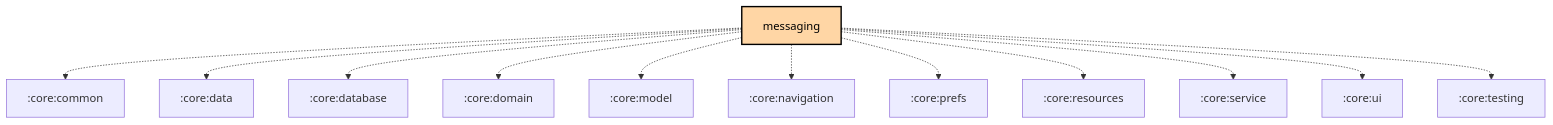
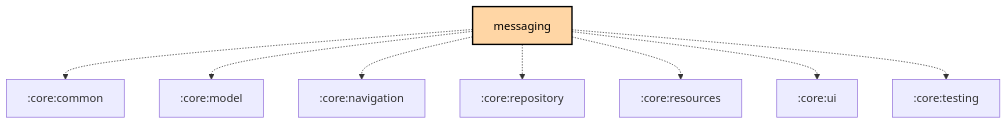
Before and after one commit to meshtastic/Meshtastic-Android: the diagram in feature/messaging/README.md, drawn with Mermaid. The commit also changed 14 other files, not shown here.

First line of the commit message:
chore: Scheduled updates (Graphs, Baseline Profile)

````diff
--- a/feature/messaging/README.md
+++ b/feature/messaging/README.md
@@ -27,29 +27,25 @@
 ```mermaid
 graph TB
   :feature:messaging[messaging]:::kmp-feature
   :feature:messaging -.-> :core:common
-  :feature:messaging -.-> :core:data
-  :feature:messaging -.-> :core:database
-  :feature:messaging -.-> :core:domain
   :feature:messaging -.-> :core:model
   :feature:messaging -.-> :core:navigation
-  :feature:messaging -.-> :core:prefs
+  :feature:messaging -.-> :core:repository
   :feature:messaging -.-> :core:resources
-  :feature:messaging -.-> :core:service
   :feature:messaging -.-> :core:ui
   :feature:messaging -.-> :core:testing
 
 classDef android-application fill:#CAFFBF,stroke:#000,stroke-width:2px,color:#000;
 classDef android-application-compose fill:#CAFFBF,stroke:#000,stroke-width:2px,color:#000;
 classDef compose-desktop-application fill:#CAFFBF,stroke:#000,stroke-width:2px,color:#000;
 classDef android-feature fill:#FFD6A5,stroke:#000,stroke-width:2px,color:#000;
 classDef android-library fill:#9BF6FF,stroke:#000,stroke-width:2px,color:#000;
 classDef android-library-compose fill:#9BF6FF,stroke:#000,stroke-width:2px,color:#000;
 classDef android-test fill:#A0C4FF,stroke:#000,stroke-width:2px,color:#000;
 classDef jvm-library fill:#BDB2FF,stroke:#000,stroke-width:2px,color:#000;
 classDef kmp-feature fill:#FFD6A5,stroke:#000,stroke-width:2px,color:#000;
 classDef kmp-library-compose fill:#FFC1CC,stroke:#000,stroke-width:2px,color:#000;
 classDef kmp-library fill:#FFC1CC,stroke:#000,stroke-width:2px,color:#000;
 classDef unknown fill:#FFADAD,stroke:#000,stroke-width:2px,color:#000;
 
 ```
````
